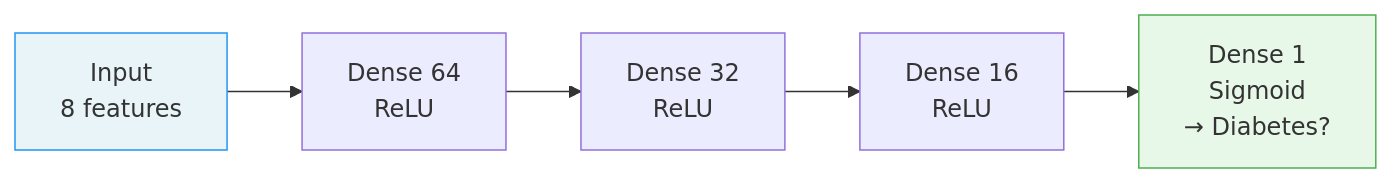
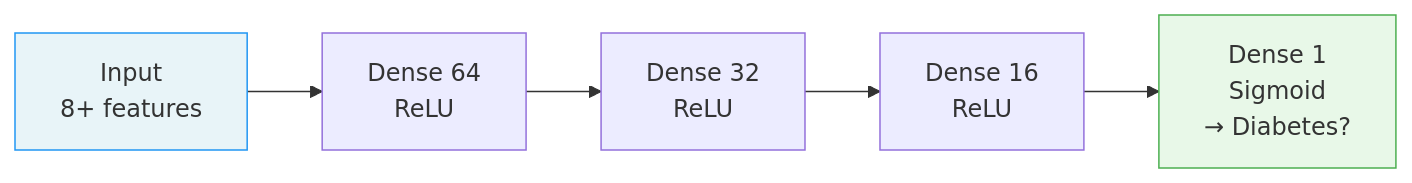
One commit to buttegggggggg/buttegggggggg.github.io changed the third of 5 diagrams in ML.qmd. Above: the diagram before and after it, drawn with Mermaid. The commit also changed other lines of this file and 6 other files, not shown here.

````diff
--- a/ML.qmd
+++ b/ML.qmd
@@ -83,10 +95,10 @@
 ```{mermaid}
 flowchart LR
-    I["Input\n8 features"] --> L1["Dense 64\nReLU"]
+    I["Input\n8+ features"] --> L1["Dense 64\nReLU"]
     L1 --> L2["Dense 32\nReLU"]
     L2 --> L3["Dense 16\nReLU"]
     L3 --> O["Dense 1\nSigmoid\n→ Diabetes?"]
 
     style I fill:#e8f4f8,stroke:#2196F3
     style O fill:#e8f8e8,stroke:#4CAF50
 ```
````
